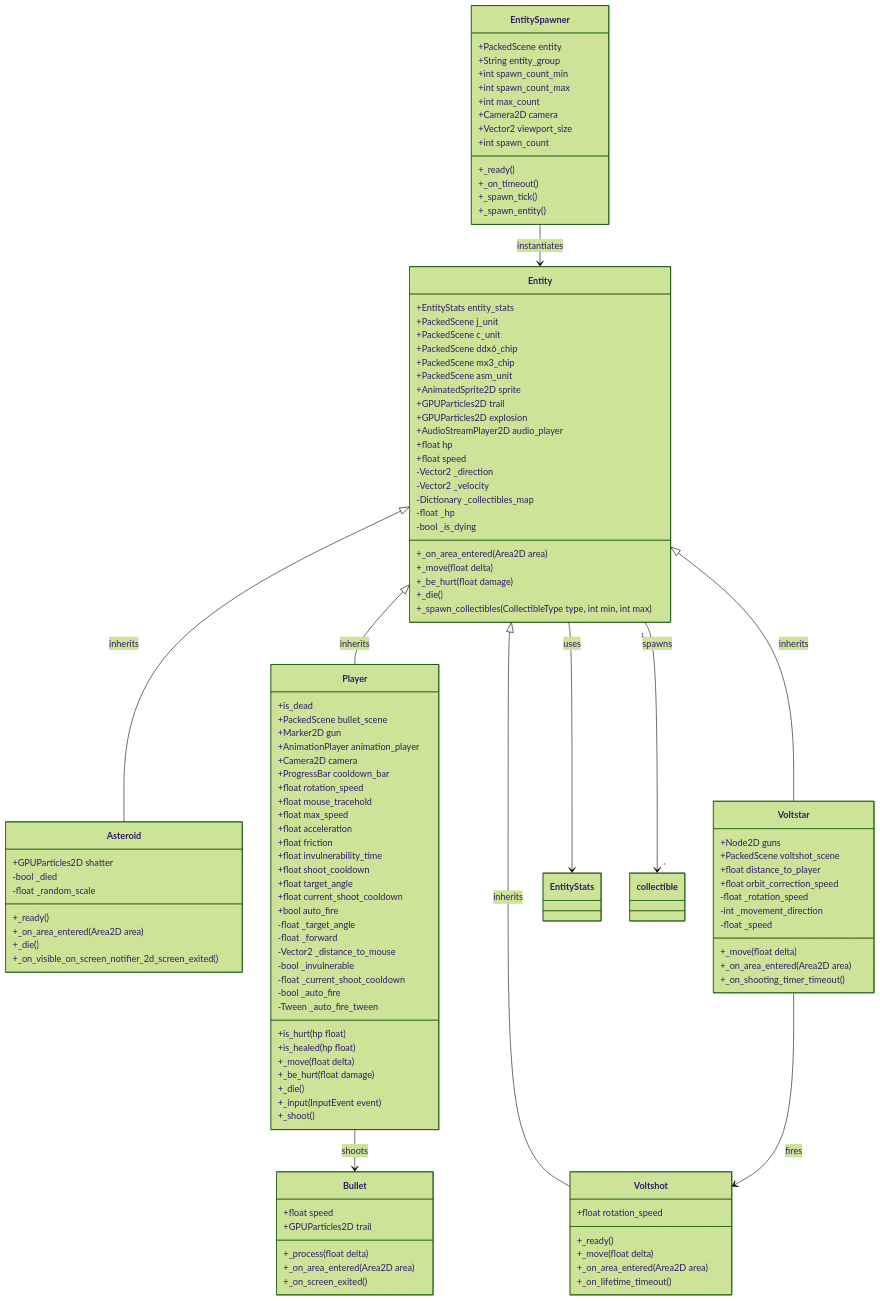
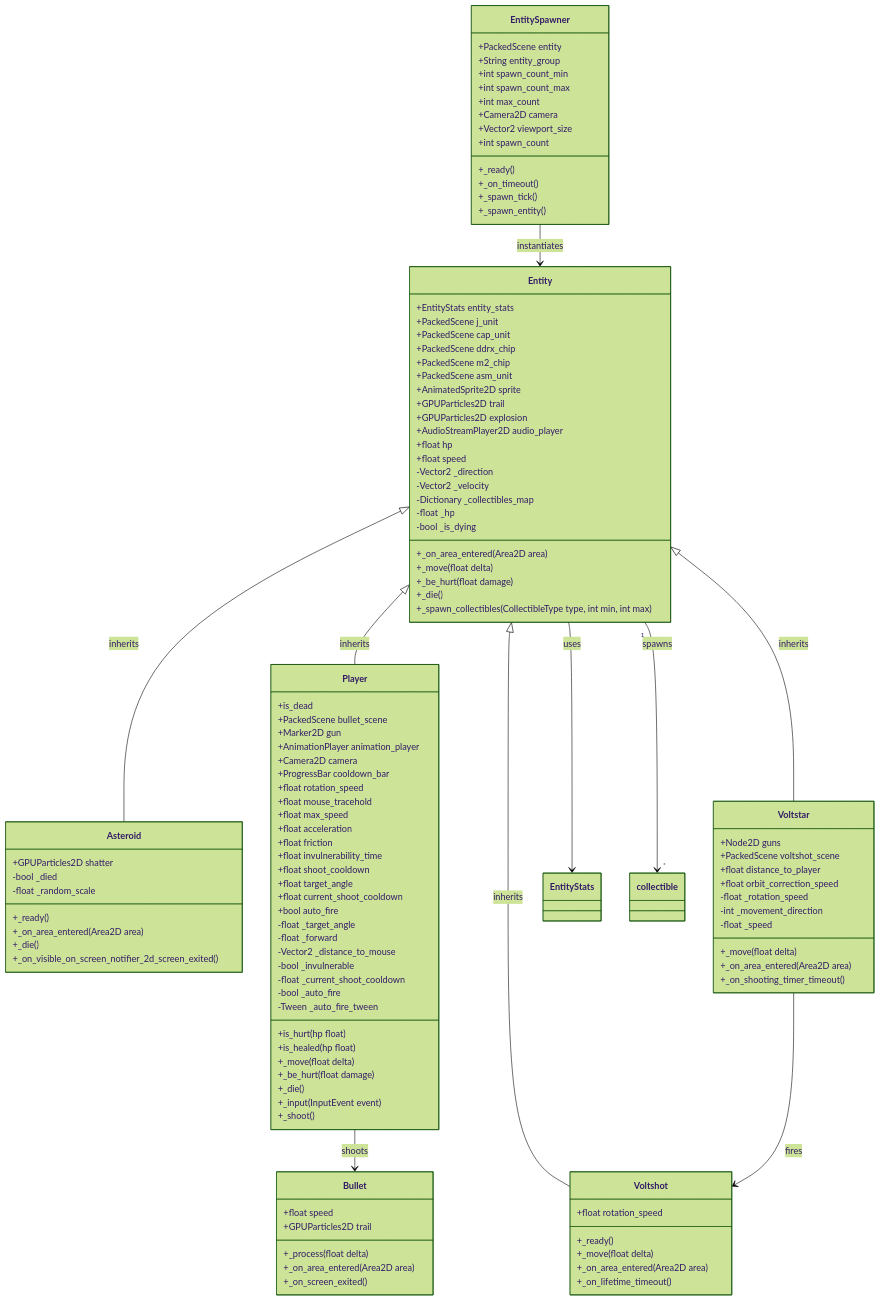
One commit to safwan-ds/AstroDodge changed the first of 3 diagrams in docs/classes.md. Above: the diagram before and after it, drawn with Mermaid (forest theme). The commit also changed 3 other files, not shown here.

```diff
--- a/docs/classes.md
+++ b/docs/classes.md
@@ -19,9 +19,9 @@
     class Entity{
         +EntityStats entity_stats
         +PackedScene j_unit
-        +PackedScene c_unit
-        +PackedScene ddx6_chip
-        +PackedScene mx3_chip
+        +PackedScene cap_unit
+        +PackedScene ddrx_chip
+        +PackedScene m2_chip
         +PackedScene asm_unit
         +AnimatedSprite2D sprite
         +GPUParticles2D trail
```
